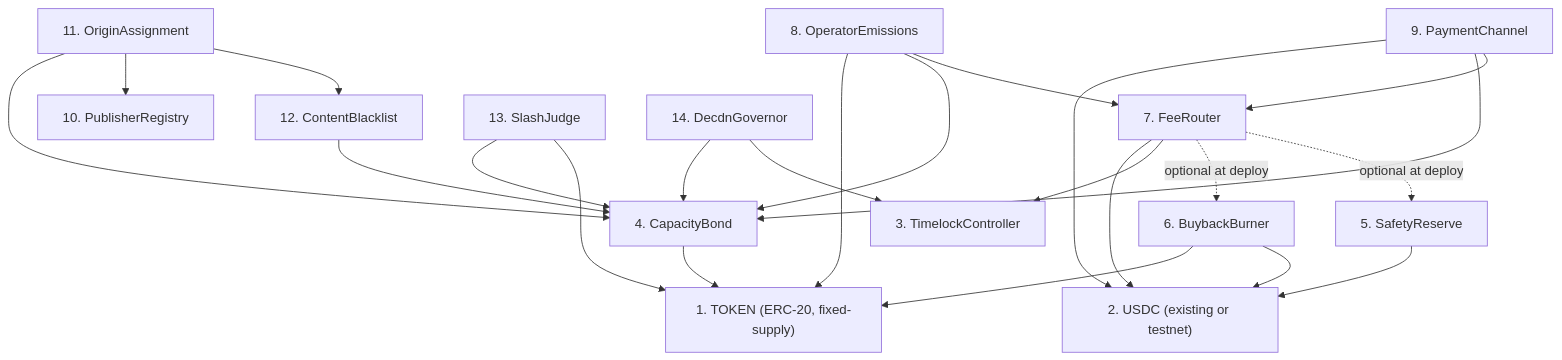
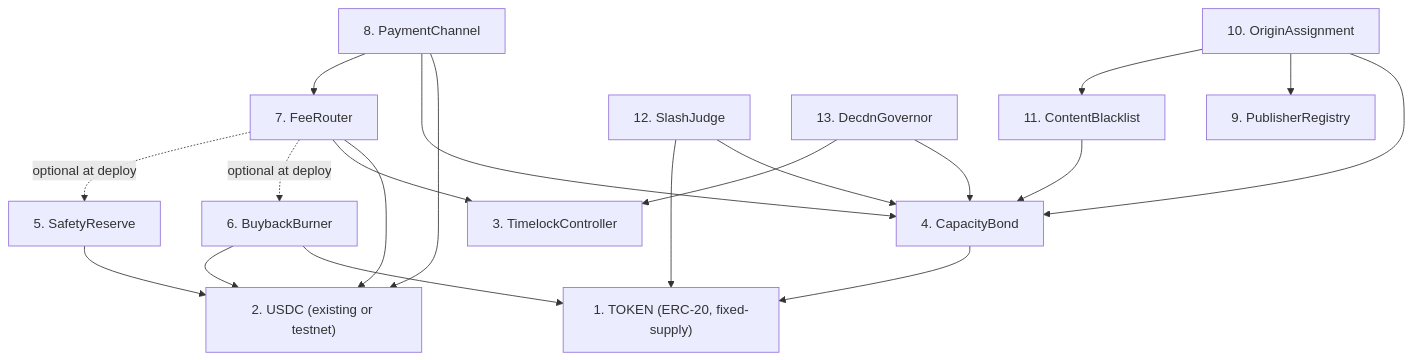
The second of 5 diagrams in adr/016-contract-interactions.md (decdn/decdn), drawn with Mermaid before and after one commit. The commit also changed other lines of this file, not shown here.

First line of the commit message:
docs(adr): ADR 016 — sweep OperatorEmissions from deployment, call graph, read API

````diff
--- a/adr/016-contract-interactions.md
+++ b/adr/016-contract-interactions.md
@@ -250,40 +250,36 @@
 ```mermaid
 graph TD
     TOKEN["1. TOKEN (ERC-20, fixed-supply)"]
     USDC["2. USDC (existing or testnet)"]
     TL["3. TimelockController"]
     CBOND["4. CapacityBond"]
     SAFE["5. SafetyReserve"]
     BB["6. BuybackBurner"]
     FR["7. FeeRouter"]
-    OE["8. OperatorEmissions"]
-    SPC["9. PaymentChannel"]
-    PR["10. PublisherRegistry"]
-    OA["11. OriginAssignment"]
-    CB["12. ContentBlacklist"]
-    SJ["13. SlashJudge"]
-    GOV["14. DecdnGovernor"]
+    SPC["8. PaymentChannel"]
+    PR["9. PublisherRegistry"]
+    OA["10. OriginAssignment"]
+    CB["11. ContentBlacklist"]
+    SJ["12. SlashJudge"]
+    GOV["13. DecdnGovernor"]
 
     CBOND --> TOKEN
     SAFE --> USDC
     BB --> TOKEN
     BB --> USDC
     FR --> USDC
     FR --> TL
     FR -.->|"optional at deploy"| BB
     FR -.->|"optional at deploy"| SAFE
-    OE --> TOKEN
-    OE --> CBOND
-    OE --> FR
     SPC --> USDC
     SPC --> CBOND
     SPC --> FR
     OA --> CBOND
     OA --> PR
     OA --> CB
     CB --> CBOND
     SJ --> CBOND
     SJ --> TOKEN
     GOV --> CBOND
     GOV --> TL
 ```
````
